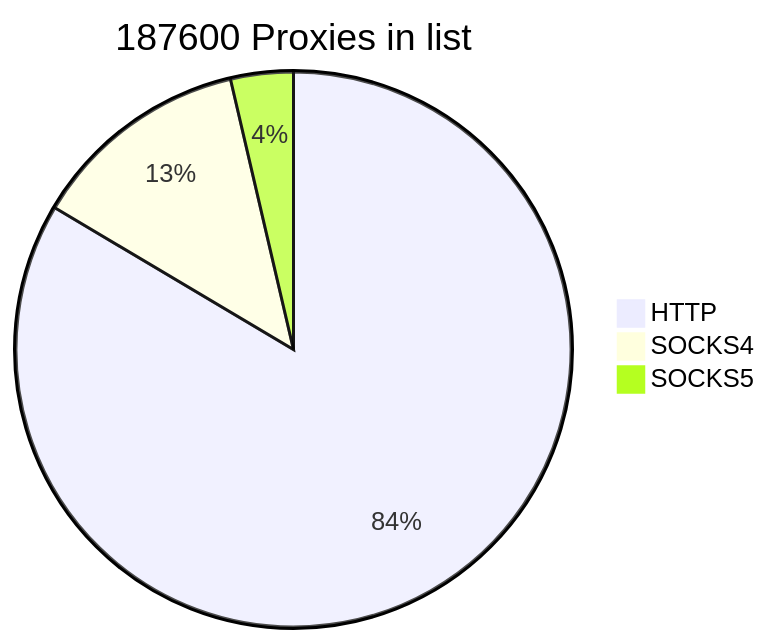
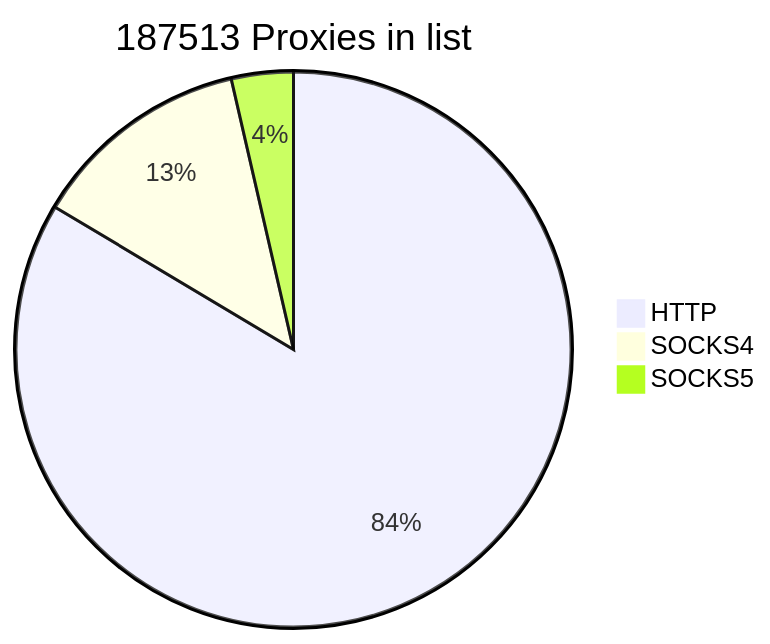
The first of 2 diagrams in README.md (cutipu/proxylist), drawn with Mermaid before and after one commit. The commit also changed other lines of this file, not shown here.

````diff
--- a/README.md
+++ b/README.md
@@ -2,7 +2,7 @@
 ```mermaid
-pie title 187600 Proxies in list
+pie title 187513 Proxies in list
     "HTTP" : 156704
-    "SOCKS4" : 24059
-    "SOCKS5" : 6837
+    "SOCKS4" : 24060
+    "SOCKS5" : 6749
             
 ```
````
